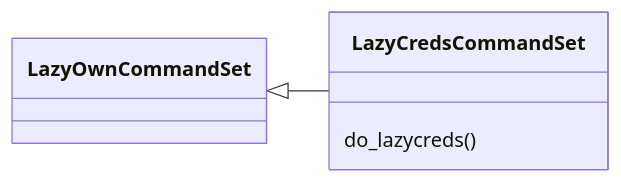
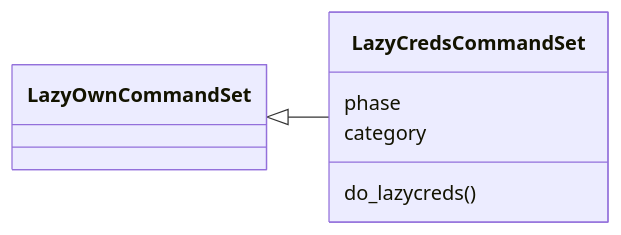
One commit to grisuno/LazyOwn changed the first of 2 diagrams in readmenator-apidocs/modules/cli.commands.lazy_creds.py.md. Above: the diagram before and after it, drawn with Mermaid. The commit also changed other lines of this file and 267 other files, not shown here.

````diff
--- a/readmenator-apidocs/modules/cli.commands.lazy_creds.py.md
+++ b/readmenator-apidocs/modules/cli.commands.lazy_creds.py.md
@@ -13,8 +13,10 @@
 ```mermaid
 classDiagram
     direction LR
     class LazyCredsCommandSet
+    LazyCredsCommandSet : phase
+    LazyCredsCommandSet : category
     LazyCredsCommandSet : do_lazycreds()
     class LazyOwnCommandSet
     LazyOwnCommandSet <|-- LazyCredsCommandSet
 ```
````
